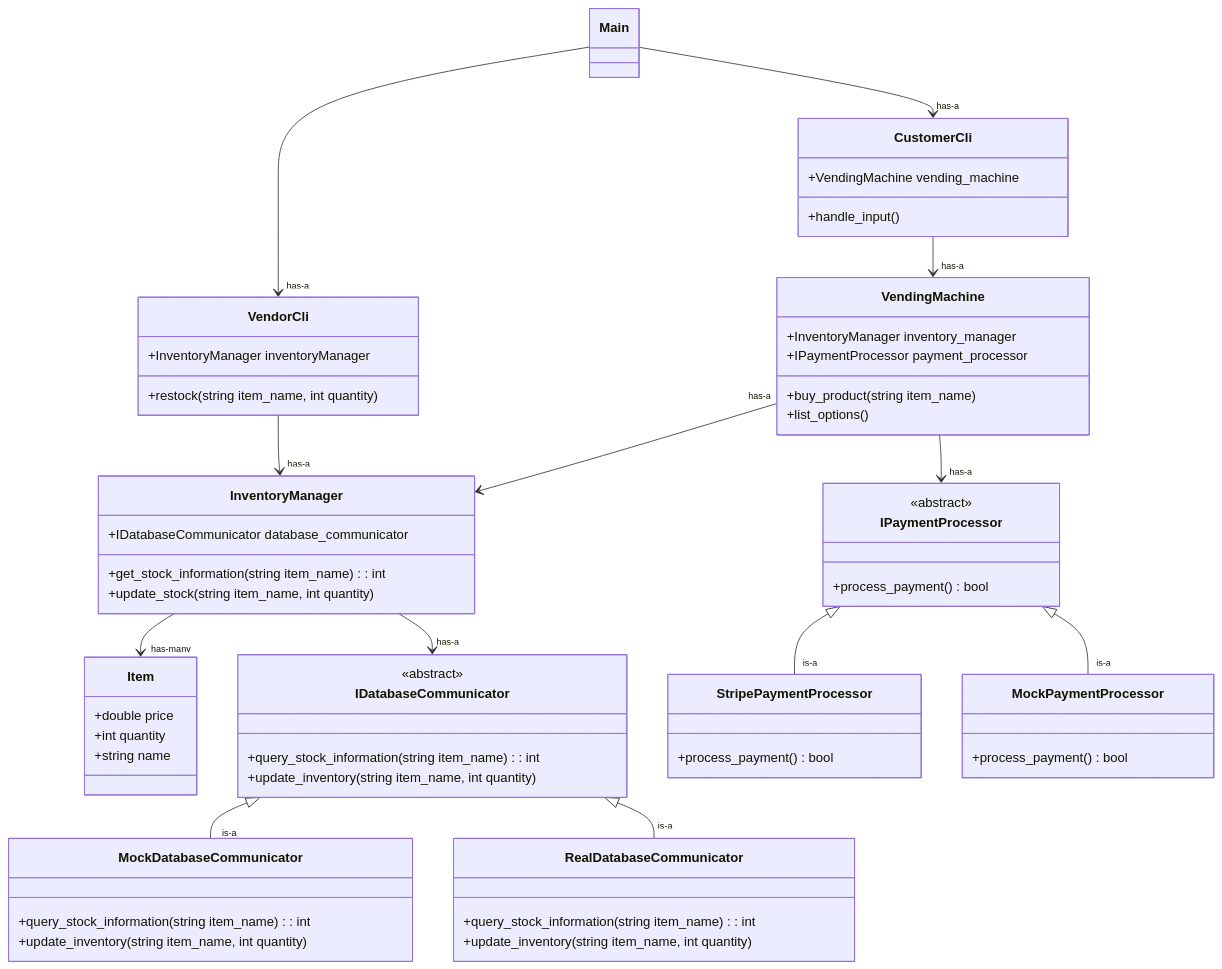
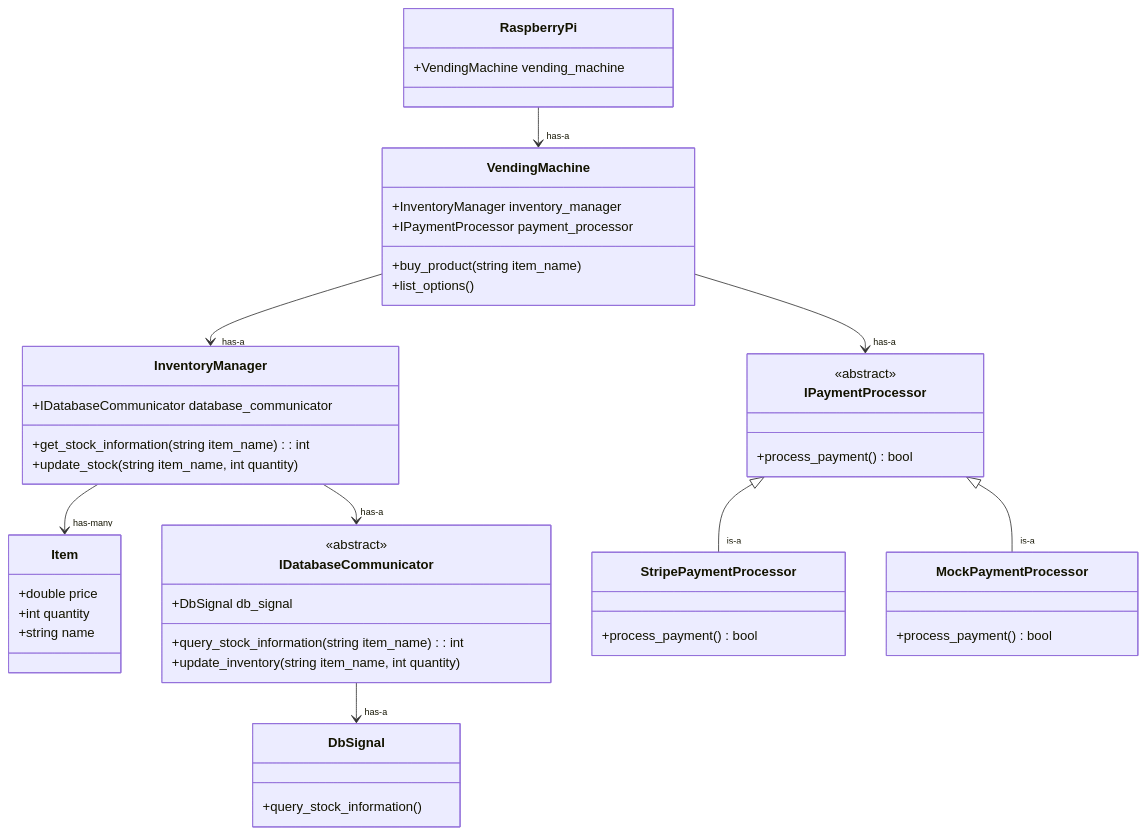
One commit to MrPotato53/Vending-Machine changed the first of 2 diagrams in docs/architecture.md. Above: the diagram before and after it, drawn with Mermaid. The commit also changed other lines of this file and 1 other file, not shown here.

Commit message:
Updated README and architecture doc. still need to update the database ERD

````diff
--- a/docs/architecture.md
+++ b/docs/architecture.md
@@ -65,77 +53,59 @@
 ```mermaid
 classDiagram
-    class Main {
-
+    class RaspberryPi {
+        +VendingMachine vending_machine
     }
 
     class VendingMachine {
         +InventoryManager inventory_manager
         +IPaymentProcessor payment_processor
         +buy_product(string item_name)
         +list_options()
     }
 
     class InventoryManager {
         +IDatabaseCommunicator database_communicator
         +get_stock_information(string item_name) : int
         +update_stock(string item_name, int quantity)
     }
     
     class Item {
         +double price
         +int quantity
         +string name
     }
 
     class IDatabaseCommunicator {
         <<abstract>>
         +query_stock_information(string item_name) : int
         +update_inventory(string item_name, int quantity)
+        +DbSignal db_signal
     }
 
-    class MockDatabaseCommunicator {
-        +query_stock_information(string item_name) : int
-        +update_inventory(string item_name, int quantity)
-    }
-
-    class RealDatabaseCommunicator {
-        +query_stock_information(string item_name) : int
-        +update_inventory(string item_name, int quantity)
-    }
-
-    class CustomerCli {
-        +VendingMachine vending_machine
-        +handle_input()
-    }
-
-    class VendorCli {
-        +InventoryManager inventoryManager
-        +restock(string item_name, int quantity)
+    class DbSignal {
+        +query_stock_information()
     }
 
     class IPaymentProcessor {
         <<abstract>>
         +process_payment() bool
     }
 
     class StripePaymentProcessor {
         +process_payment() bool
     }
 
     class MockPaymentProcessor {
         +process_payment() bool
     }
 
-    Main --> "has-a" CustomerCli
-    Main --> "has-a" VendorCli
-    VendingMachine "has-a" --> InventoryManager
-    VendorCli --> "has-a" InventoryManager
+    RaspberryPi --> "has-a" VendingMachine
+    VendingMachine --> "has-a" InventoryManager
+    InventoryManager --> "has-many" Item
     InventoryManager --> "has-a" IDatabaseCommunicator
-    InventoryManager --> "has-many" Item
-    IDatabaseCommunicator <|-- "is-a" MockDatabaseCommunicator
-    IDatabaseCommunicator <|-- "is-a" RealDatabaseCommunicator
+    IDatabaseCommunicator --> "has-a" DbSignal
     VendingMachine --> "has-a" IPaymentProcessor
     IPaymentProcessor <|-- "is-a" StripePaymentProcessor
     IPaymentProcessor <|-- "is-a" MockPaymentProcessor
-    CustomerCli --> "has-a" VendingMachine
+
 ```
````
